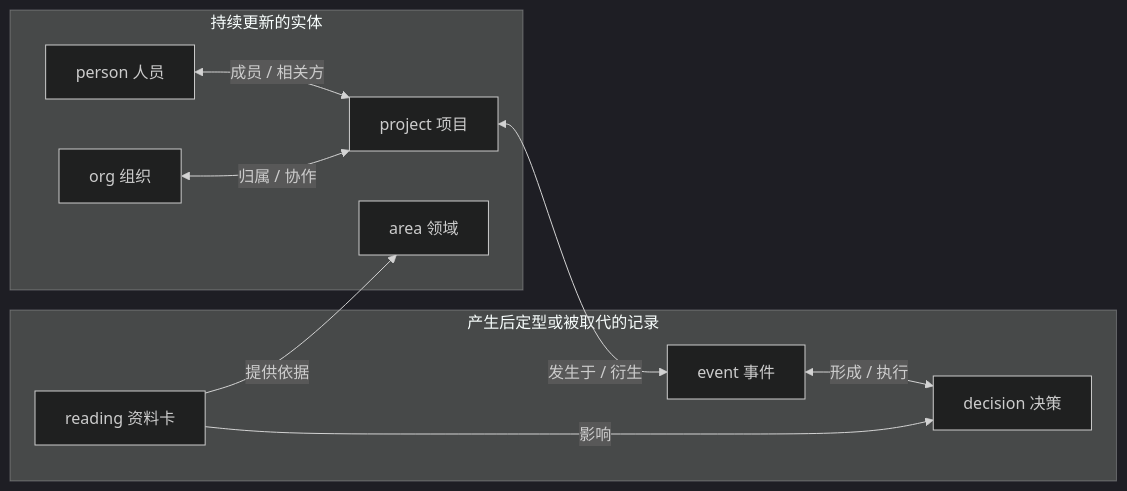
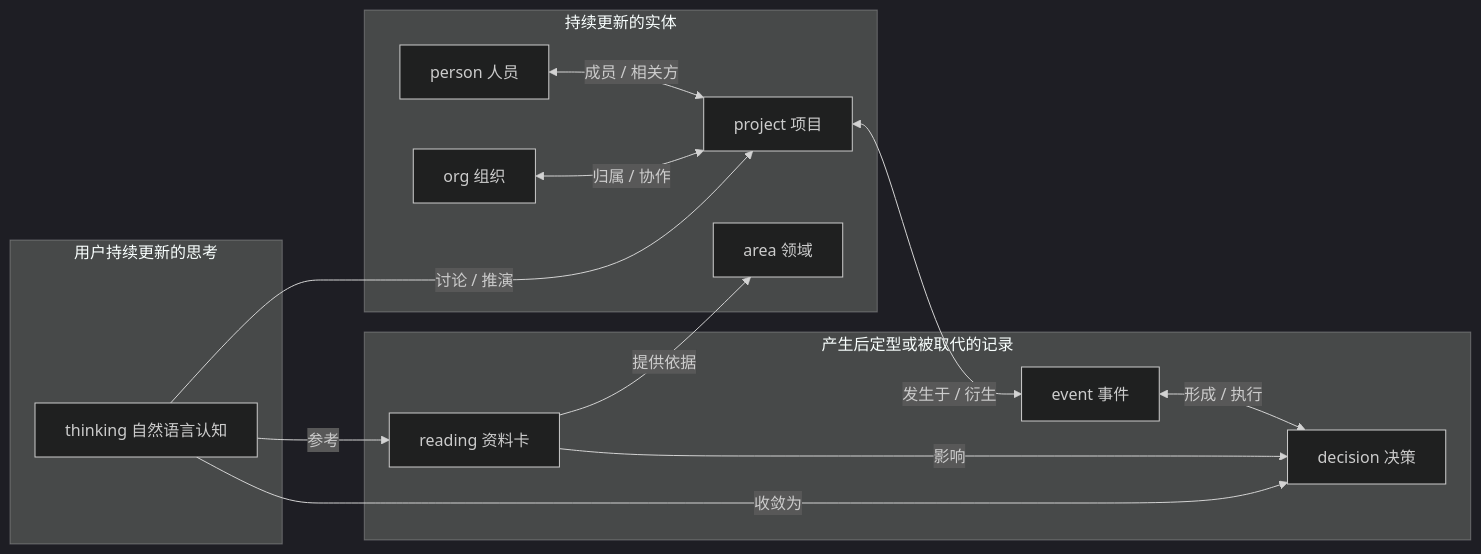
One commit to ranjiao/byteworker changed diagram 11 of 19 in ARCHITECTURE.md. Above: the diagram before and after it, drawn with Mermaid (dark theme). The commit also changed other lines of this file and 21 other files, not shown here.

````diff
--- a/ARCHITECTURE.md
+++ b/ARCHITECTURE.md
@@ -413,22 +413,29 @@
 ```mermaid
 flowchart LR
     subgraph Entity["持续更新的实体"]
         Person["person 人员"]
         Project["project 项目"]
         Area["area 领域"]
         Org["org 组织"]
     end
 
     subgraph Record["产生后定型或被取代的记录"]
         Event["event 事件"]
         Decision["decision 决策"]
         Reading["reading 资料卡"]
     end
 
+    subgraph Thought["用户持续更新的思考"]
+        Thinking["thinking 自然语言认知"]
+    end
+
     Person <-->|"成员 / 相关方"| Project
     Org <-->|"归属 / 协作"| Project
     Project <-->|"发生于 / 衍生"| Event
     Event <-->|"形成 / 执行"| Decision
     Reading -->|"提供依据"| Area
     Reading -->|"影响"| Decision
+    Thinking -->|"讨论 / 推演"| Project
+    Thinking -->|"参考"| Reading
+    Thinking -->|"收敛为"| Decision
 ```
````
